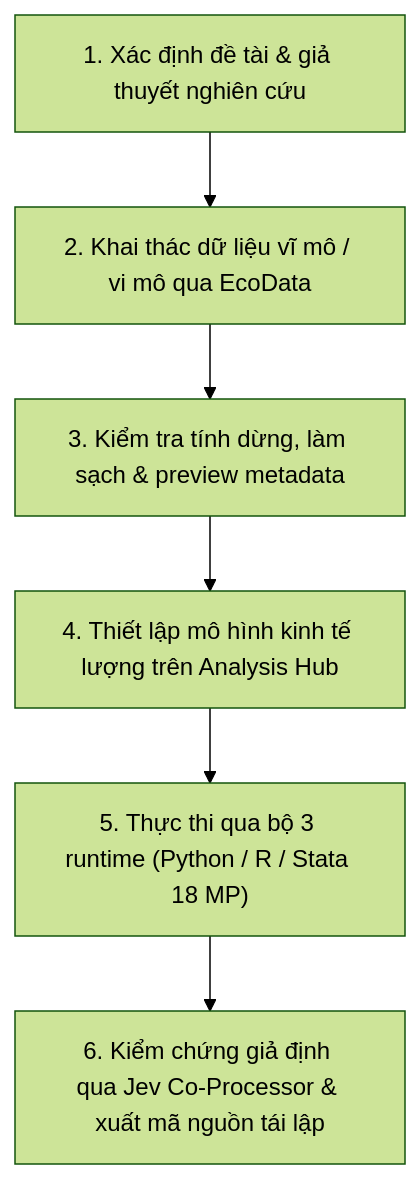
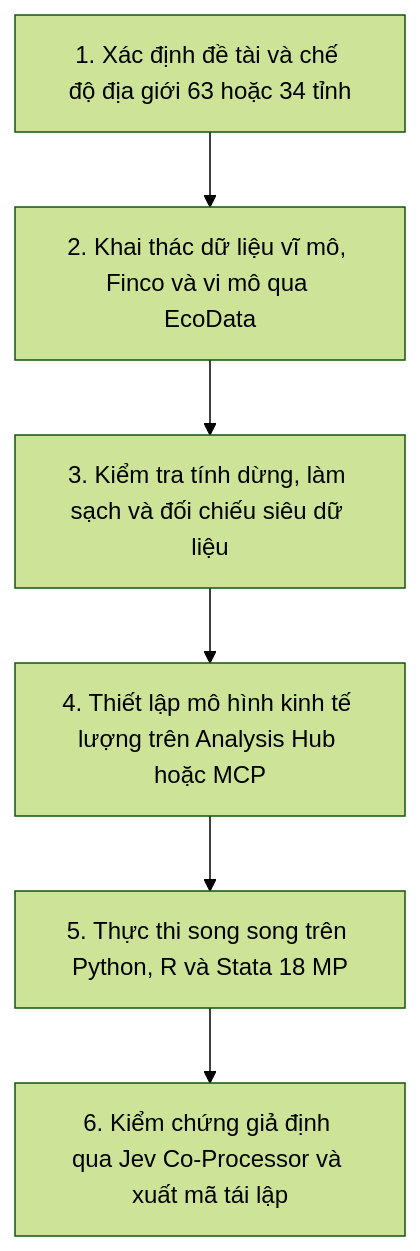
One commit to vietlod/docs changed the diagram in docs/ecodata/overview.mdx. Above: the diagram before and after it, drawn with Mermaid (forest theme). The commit also changed other lines of this file and 28 other files, not shown here.

````diff
--- a/docs/ecodata/overview.mdx
+++ b/docs/ecodata/overview.mdx
@@ -276,8 +366,8 @@
 ```mermaid
 flowchart TD
-  A["1. Xác định đề tài & giả thuyết nghiên cứu"] --> B["2. Khai thác dữ liệu vĩ mô / vi mô qua EcoData"]
-  B --> C["3. Kiểm tra tính dừng, làm sạch & preview metadata"]
-  C --> D["4. Thiết lập mô hình kinh tế lượng trên Analysis Hub"]
-  D --> E["5. Thực thi qua bộ 3 runtime (Python / R / Stata 18 MP)"]
-  E --> F["6. Kiểm chứng giả định qua Jev Co-Processor & xuất mã nguồn tái lập"]
+  A["1. Xác định đề tài và chế độ địa giới 63 hoặc 34 tỉnh"] --> B["2. Khai thác dữ liệu vĩ mô, Finco và vi mô qua EcoData"]
+  B --> C["3. Kiểm tra tính dừng, làm sạch và đối chiếu siêu dữ liệu"]
+  C --> D["4. Thiết lập mô hình kinh tế lượng trên Analysis Hub hoặc MCP"]
+  D --> E["5. Thực thi song song trên Python, R và Stata 18 MP"]
+  E --> F["6. Kiểm chứng giả định qua Jev Co-Processor và xuất mã tái lập"]
 ```
````
